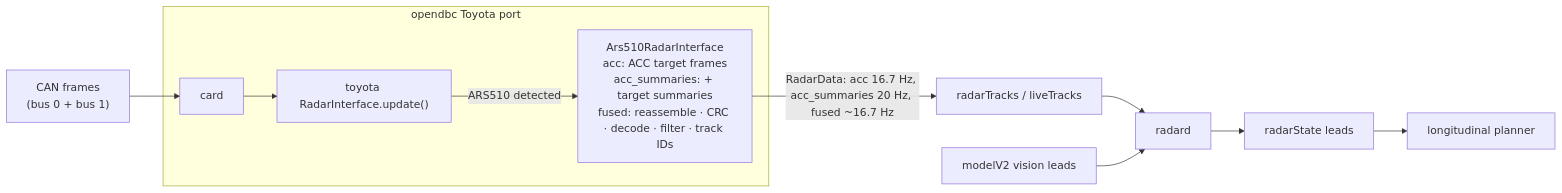
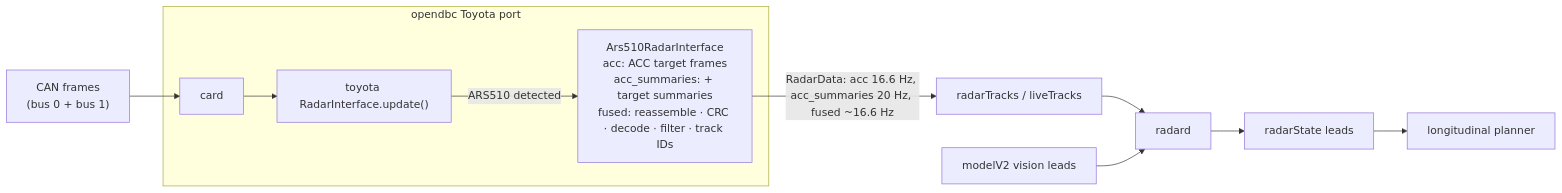
The diagram in docs/08_openpilot_integration.md (ds-sebastian/ars510-radar), drawn with Mermaid before and after one commit. The commit also changed other lines of this file and 20 other files, not shown here.

````diff
--- a/docs/08_openpilot_integration.md
+++ b/docs/08_openpilot_integration.md
@@ -8,11 +8,11 @@
 ```mermaid
 flowchart LR
     CAN["CAN frames<br/>(bus 0 + bus 1)"] --> card
     subgraph opendbc Toyota port
         card --> RI["toyota RadarInterface.update()"]
         RI -- "ARS510 detected" --> A["Ars510RadarInterface<br/>acc: ACC target frames<br/>acc_summaries: + target summaries<br/>fused: reassemble · CRC · decode · filter · track IDs"]
     end
-    A -- "RadarData: acc 16.7 Hz, acc_summaries 20 Hz, fused ~16.7 Hz" --> T["radarTracks / liveTracks"]
+    A -- "RadarData: acc 16.6 Hz, acc_summaries 20 Hz, fused ~16.6 Hz" --> T["radarTracks / liveTracks"]
     T --> radard --> RS["radarState leads"] --> P[longitudinal planner]
     V["modelV2 vision leads"] --> radard
 ```
````
